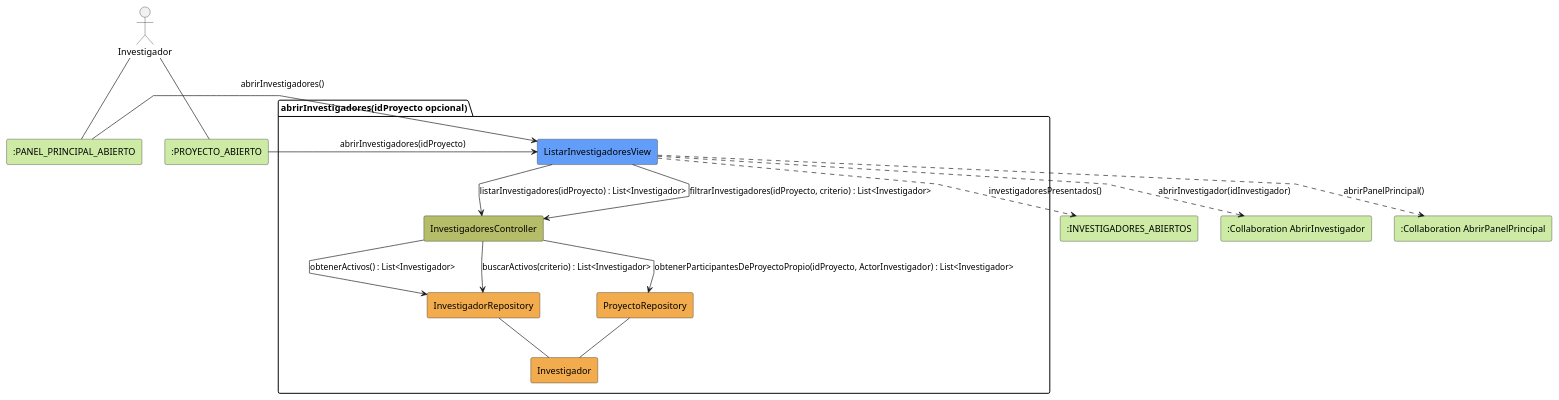
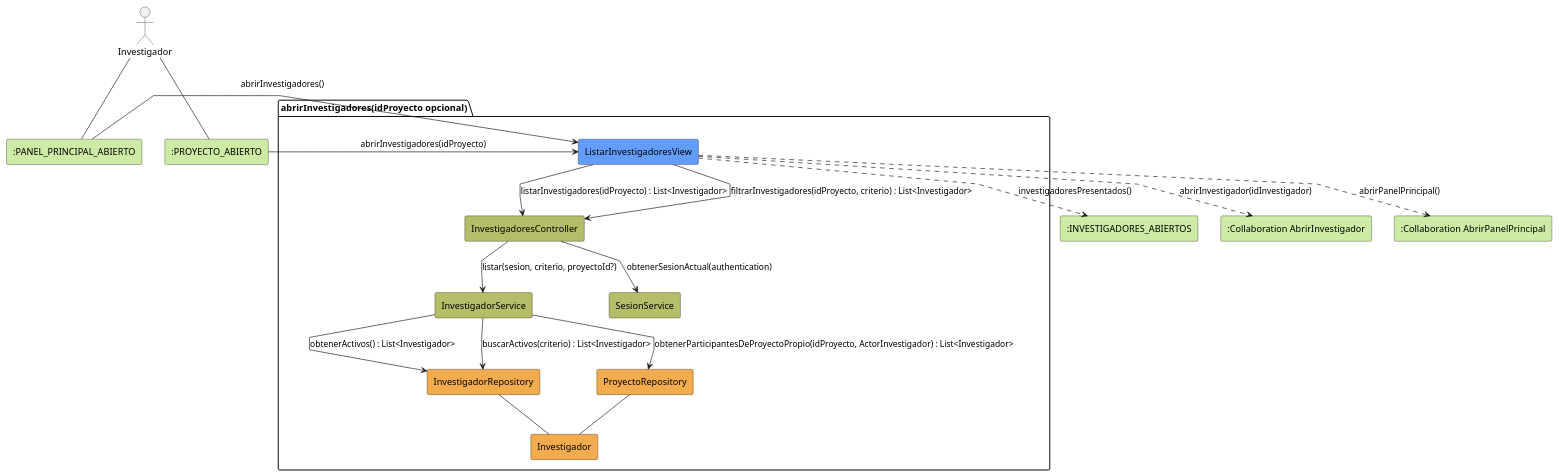
Before and after one commit to beatriizorozco/25-26-idsw2-sdVC: the diagram in RUP/01-analisis/casos-uso/investigador/abrirInvestigadores/colaboracion.puml, drawn with PlantUML. The commit also changed 71 other files, not shown here.

```diff
--- a/RUP/01-analisis/casos-uso/investigador/abrirInvestigadores/colaboracion.puml
+++ b/RUP/01-analisis/casos-uso/investigador/abrirInvestigadores/colaboracion.puml
@@ -1,32 +1,36 @@
 @startuml abrirInvestigadores-analisis
 skinparam linetype polyline
 
 actor "Investigador" as ActorInvestigador
 rectangle #CDEBA5 ":PANEL_PRINCIPAL_ABIERTO" as Panel
 rectangle #CDEBA5 ":PROYECTO_ABIERTO" as ProyectoAbierto
 package abrirInvestigadores as "abrirInvestigadores(idProyecto opcional)" {
     rectangle #629EF9 ListarInvestigadoresView
     rectangle #b5bd68 InvestigadoresController
+    rectangle #b5bd68 InvestigadorService
+    rectangle #b5bd68 SesionService
     rectangle #F2AC4E InvestigadorRepository
     rectangle #F2AC4E ProyectoRepository
     rectangle #F2AC4E Investigador
 }
 rectangle #CDEBA5 ":INVESTIGADORES_ABIERTOS" as InvestigadoresAbiertos
 rectangle #CDEBA5 ":Collaboration AbrirInvestigador" as AbrirInvestigador
 rectangle #CDEBA5 ":Collaboration AbrirPanelPrincipal" as AbrirPanel
 
 ActorInvestigador -- Panel
 ActorInvestigador -- ProyectoAbierto
 Panel -r-> ListarInvestigadoresView: abrirInvestigadores()
 ProyectoAbierto -r-> ListarInvestigadoresView: abrirInvestigadores(idProyecto)
 ListarInvestigadoresView -d-> InvestigadoresController: listarInvestigadores(idProyecto) : List<Investigador>
-InvestigadoresController --> InvestigadorRepository: obtenerActivos() : List<Investigador>
-InvestigadoresController --> ProyectoRepository: obtenerParticipantesDeProyectoPropio(idProyecto, ActorInvestigador) : List<Investigador>
+InvestigadoresController --> InvestigadorService: listar(sesion, criterio, proyectoId?)
+InvestigadoresController --> SesionService: obtenerSesionActual(authentication)
+InvestigadorService --> InvestigadorRepository: obtenerActivos() : List<Investigador>
+InvestigadorService --> ProyectoRepository: obtenerParticipantesDeProyectoPropio(idProyecto, ActorInvestigador) : List<Investigador>
 ListarInvestigadoresView --> InvestigadoresController: filtrarInvestigadores(idProyecto, criterio) : List<Investigador>
-InvestigadoresController --> InvestigadorRepository: buscarActivos(criterio) : List<Investigador>
+InvestigadorService --> InvestigadorRepository: buscarActivos(criterio) : List<Investigador>
 InvestigadorRepository -- Investigador
 ProyectoRepository -- Investigador
 ListarInvestigadoresView ..> InvestigadoresAbiertos: investigadoresPresentados()
 ListarInvestigadoresView ..> AbrirInvestigador: abrirInvestigador(idInvestigador)
 ListarInvestigadoresView ..> AbrirPanel: abrirPanelPrincipal()
 @enduml
```
